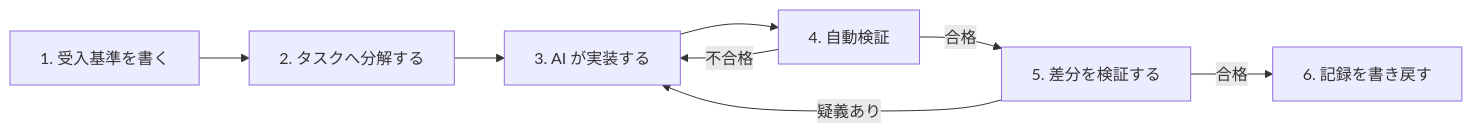
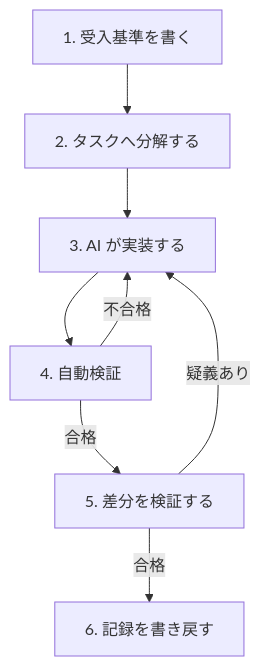
One commit to Takenori-Kusaka/publishing-hub changed the diagram in books/pit-in-process/what-actually-changes.md. Above: the diagram before and after it, drawn with Mermaid. The commit also changed 8 other files, not shown here.

Commit message:
chore(mermaid): fix figures and check-figures script [P0-03]

````diff
--- a/books/pit-in-process/what-actually-changes.md
+++ b/books/pit-in-process/what-actually-changes.md
@@ -30,10 +30,10 @@
 ```mermaid
-graph LR
+flowchart TD
   A["1. 受入基準を書く"] --> B["2. タスクへ分解する"]
   B --> C["3. AI が実装する"]
   C --> D["4. 自動検証"]
   D -->|不合格| C
   D -->|合格| E["5. 差分を検証する"]
   E -->|疑義あり| C
   E -->|合格| F["6. 記録を書き戻す"]
 ```
````
